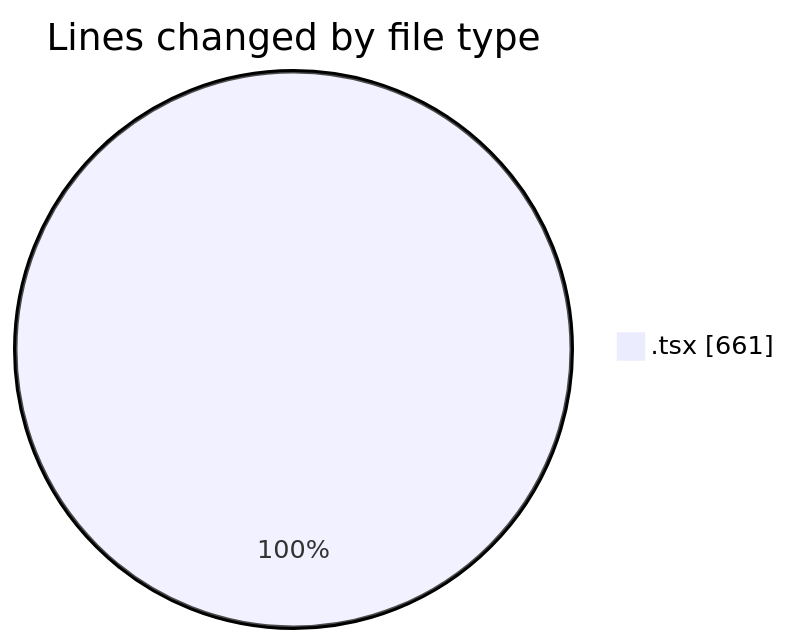
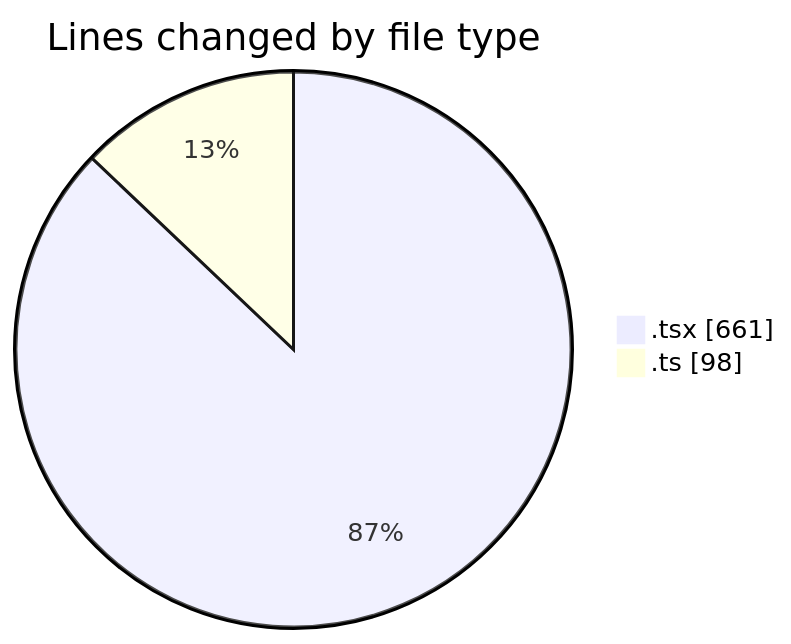
One commit to julien-gomy/code-tracking changed the first of 2 diagrams in 2025-10-17/eventscop-frontend-guide__workspace_/README.md. Above: the diagram before and after it, drawn with Mermaid. The commit also changed other lines of this file and 1 other file, not shown here.

````diff
--- a/2025-10-17/eventscop-frontend-guide__workspace_/README.md
+++ b/2025-10-17/eventscop-frontend-guide__workspace_/README.md
@@ -24,5 +25,6 @@
 ```mermaid
 pie showData
 title Lines changed by file type
 ".tsx" : 661
+".ts" : 98
 ```
````
